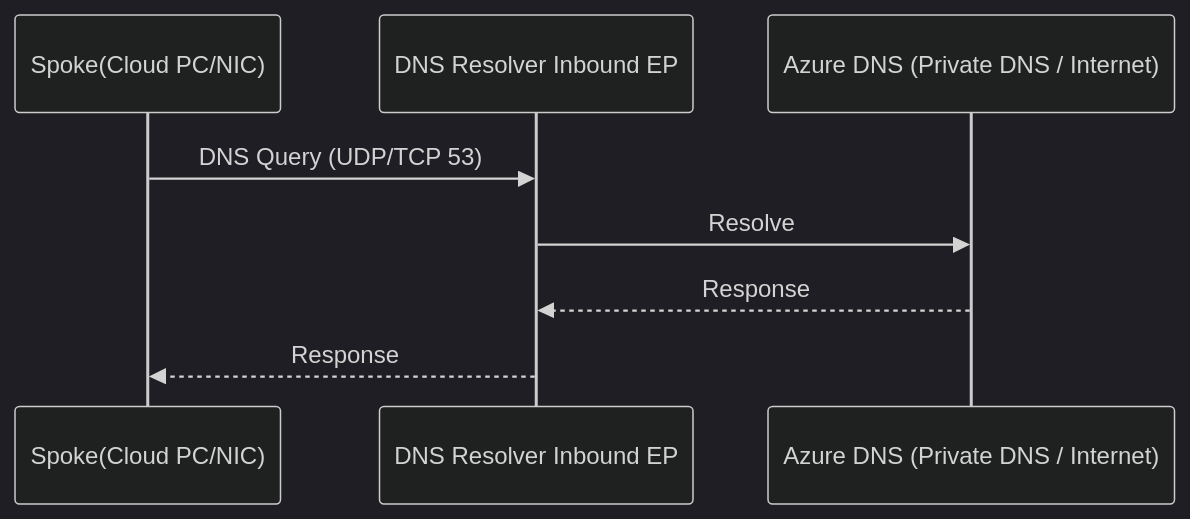
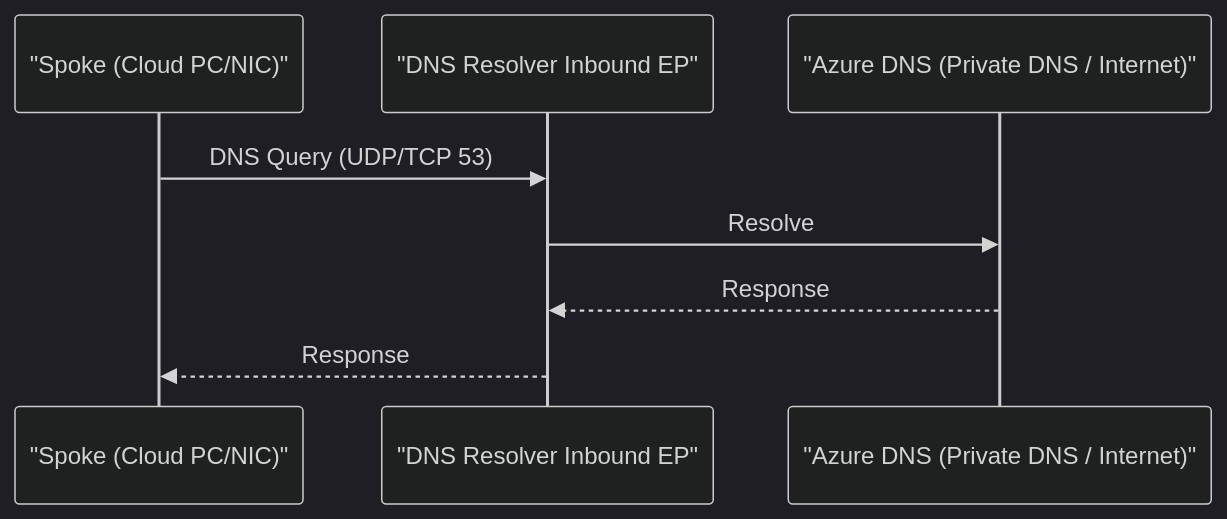
One commit to TakumiSeo/Tech-BLOG changed the second of 3 diagrams in content/posts/ja-jp/win365poc.md. Above: the diagram before and after it, drawn with Mermaid (dark theme). The commit also changed other lines of this file, not shown here.

````diff
--- a/content/posts/ja-jp/win365poc.md
+++ b/content/posts/ja-jp/win365poc.md
@@ -77,11 +79,11 @@
 ```mermaid
 sequenceDiagram
-  participant VM as Spoke(Cloud PC/NIC)
-  participant IN as DNS Resolver Inbound EP
-  participant AZDNS as Azure DNS (Private DNS / Internet)
+  participant VM as "Spoke (Cloud PC/NIC)"
+  participant IN as "DNS Resolver Inbound EP"
+  participant AZDNS as "Azure DNS (Private DNS / Internet)"
 
   VM->>IN: DNS Query (UDP/TCP 53)
   IN->>AZDNS: Resolve
   AZDNS-->>IN: Response
   IN-->>VM: Response
 ```
````
